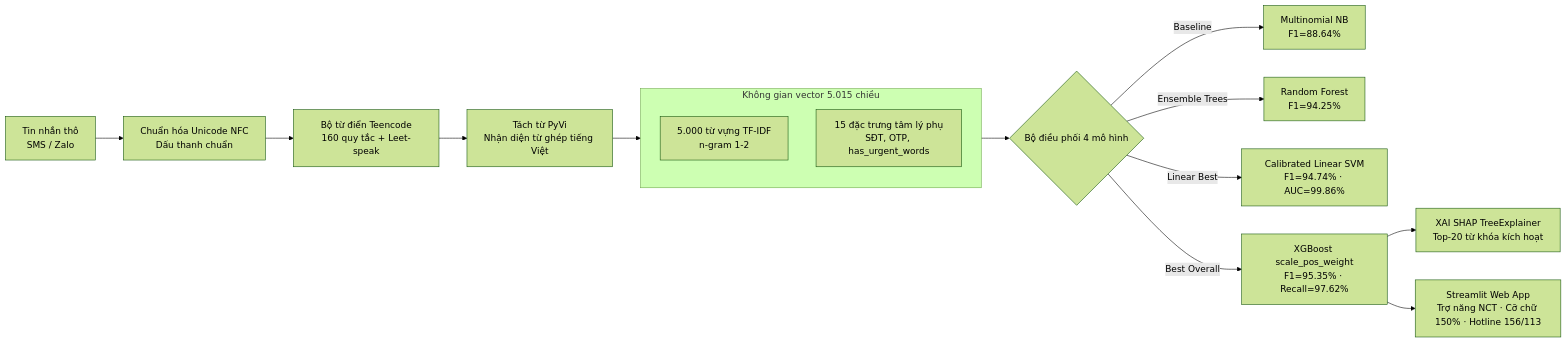
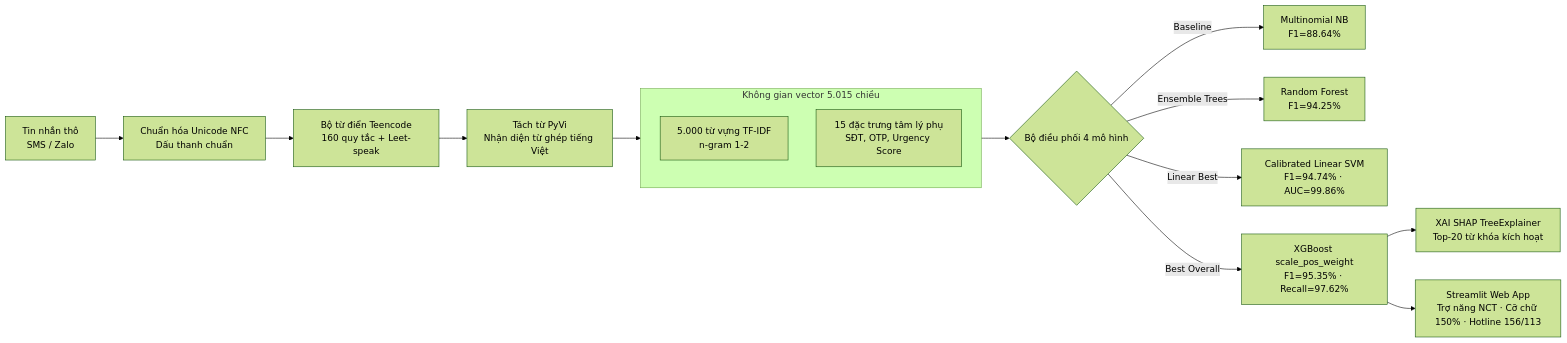
The diagram in draft/scam-detection/reports/slides/scripts/script.md (uit-25730067-chithanh/CS114-Team10-Elderly-Scam-Detection), drawn with Mermaid (forest theme) before and after one commit. The commit also changed other lines of this file, not shown here.

````diff
--- a/draft/scam-detection/reports/slides/scripts/script.md
+++ b/draft/scam-detection/reports/slides/scripts/script.md
@@ -53,21 +53,21 @@
 ```mermaid
 flowchart LR
     A[Tin nhắn thô<br/>SMS / Zalo] --> B[Chuẩn hóa Unicode NFC<br/>Dấu thanh chuẩn]
     B --> C[Bộ từ điển Teencode<br/>160 quy tắc + Leet-speak]
     C --> D[Tách từ PyVi<br/>Nhận diện từ ghép tiếng Việt]
     D --> E[Trích xuất Đặc trưng<br/>Zero-Leakage Protocol]
     
     subgraph E [Không gian vector 5.015 chiều]
         E1[5.000 từ vựng TF-IDF<br/>n-gram 1-2]
-        E2[15 đặc trưng tâm lý phụ<br/>SĐT, OTP, has_urgent_words]
+        E2[15 đặc trưng tâm lý phụ<br/>SĐT, OTP, Urgency Score]
     end
     
     E --> F{Bộ điều phối 4 mô hình}
     F -->|Baseline| G[Multinomial NB<br/>F1=88.64%]
     F -->|Ensemble Trees| H[Random Forest<br/>F1=94.25%]
     F -->|Linear Best| I[Calibrated Linear SVM<br/>F1=94.74% · AUC=99.86%]
     F -->|Best Overall| J[XGBoost scale_pos_weight<br/>F1=95.35% · Recall=97.62%]
     
     J --> K[XAI SHAP TreeExplainer<br/>Top-20 từ khóa kích hoạt]
     J --> L[Streamlit Web App<br/>Trợ năng NCT · Cỡ chữ 150% · Hotline 156/113]
 ```
````
